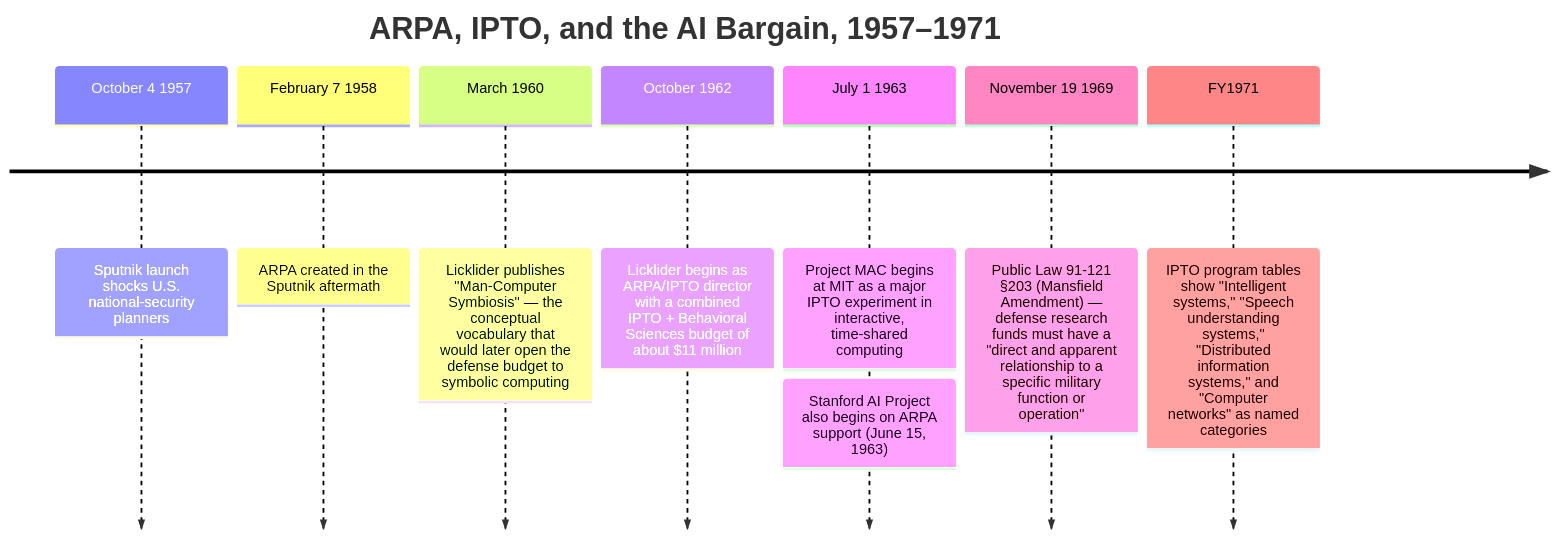
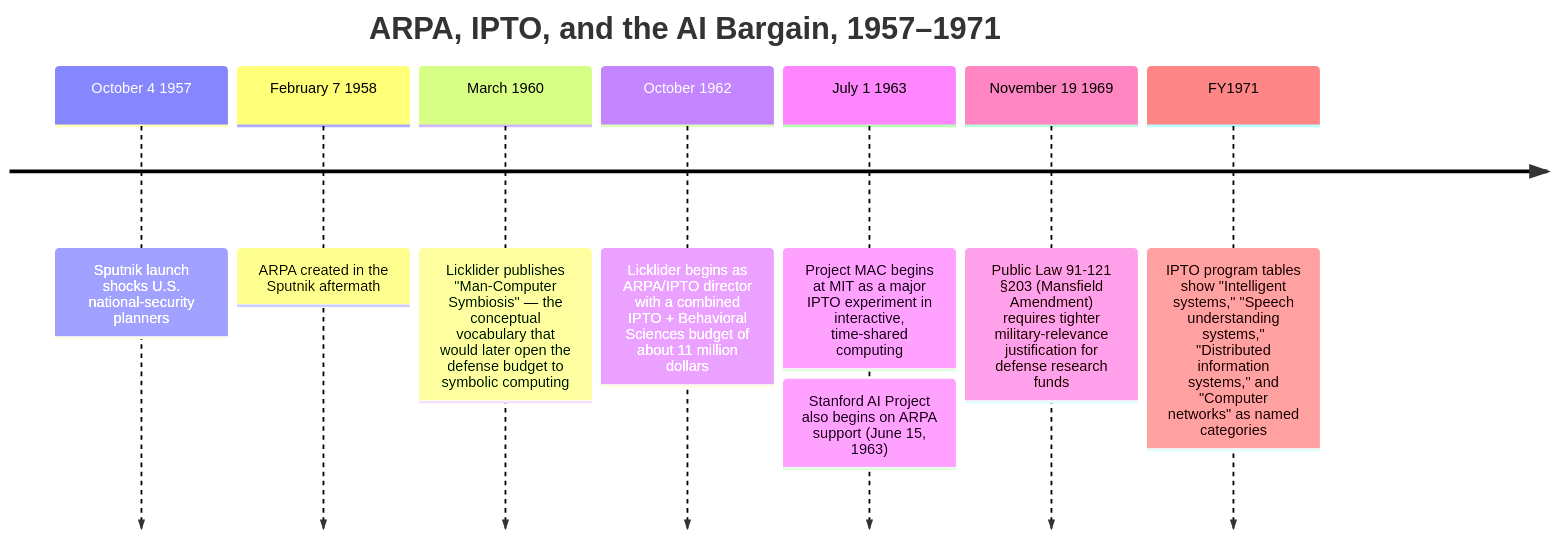
Before and after one commit to kube-dojo/kube-dojo: the diagram in src/content/docs/ai-history/ch-16-the-cold-war-blank-check.md, drawn with Mermaid. The commit also changed other lines of this file and 2 other files, not shown here.

````diff
--- a/src/content/docs/ai-history/ch-16-the-cold-war-blank-check.md
+++ b/src/content/docs/ai-history/ch-16-the-cold-war-blank-check.md
@@ -29,11 +29,11 @@
 ```mermaid
 timeline
     title ARPA, IPTO, and the AI Bargain, 1957–1971
     October 4 1957 : Sputnik launch shocks U.S. national-security planners
     February 7 1958 : ARPA created in the Sputnik aftermath
     March 1960 : Licklider publishes "Man-Computer Symbiosis" — the conceptual vocabulary that would later open the defense budget to symbolic computing
-    October 1962 : Licklider begins as ARPA/IPTO director with a combined IPTO + Behavioral Sciences budget of about $11 million
+    October 1962 : Licklider begins as ARPA/IPTO director with a combined IPTO + Behavioral Sciences budget of about 11 million dollars
     July 1 1963 : Project MAC begins at MIT as a major IPTO experiment in interactive, time-shared computing : Stanford AI Project also begins on ARPA support (June 15, 1963)
-    November 19 1969 : Public Law 91-121 §203 (Mansfield Amendment) — defense research funds must have a "direct and apparent relationship to a specific military function or operation"
+    November 19 1969 : Public Law 91-121 §203 (Mansfield Amendment) requires tighter military-relevance justification for defense research funds
     FY1971 : IPTO program tables show "Intelligent systems," "Speech understanding systems," "Distributed information systems," and "Computer networks" as named categories
 ```
````
